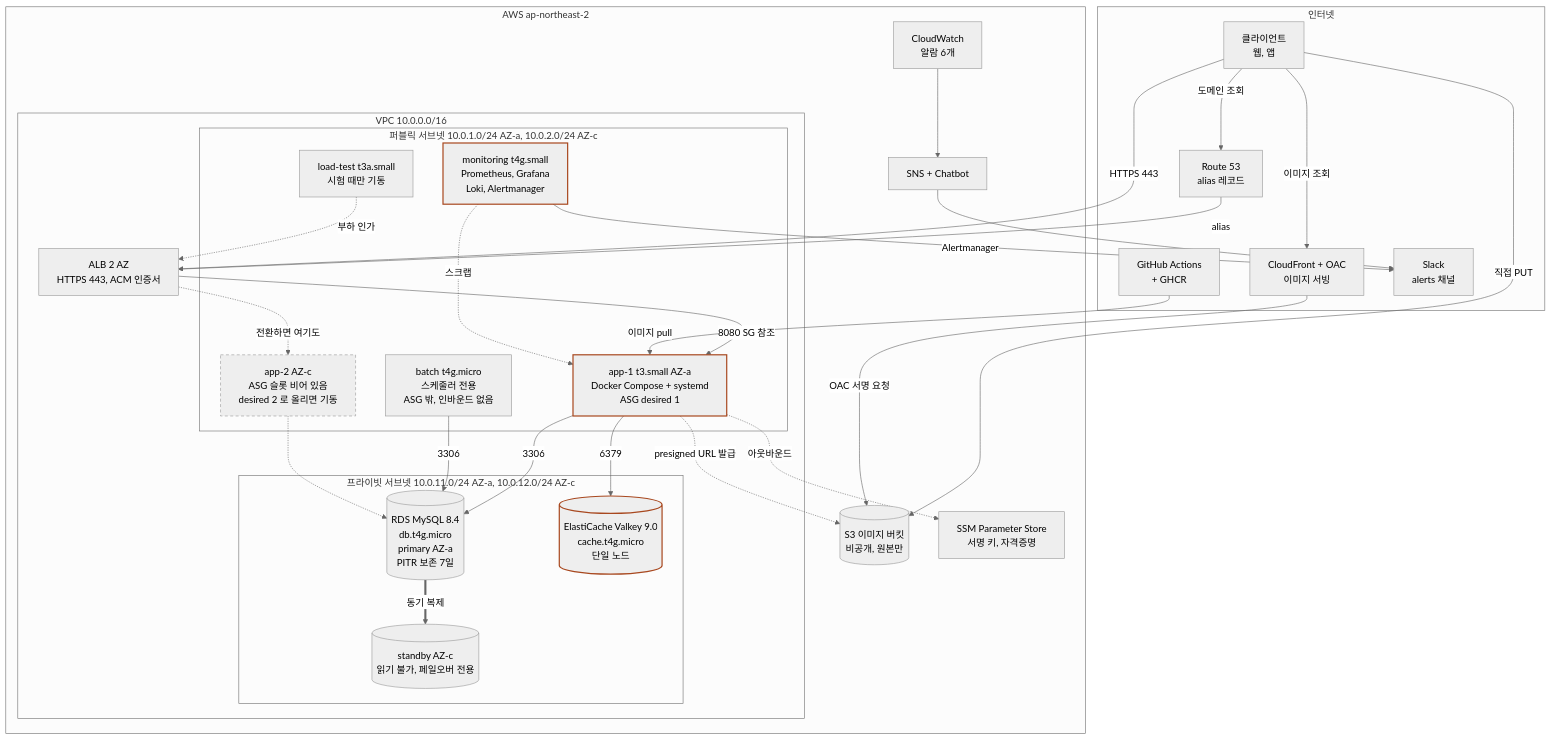
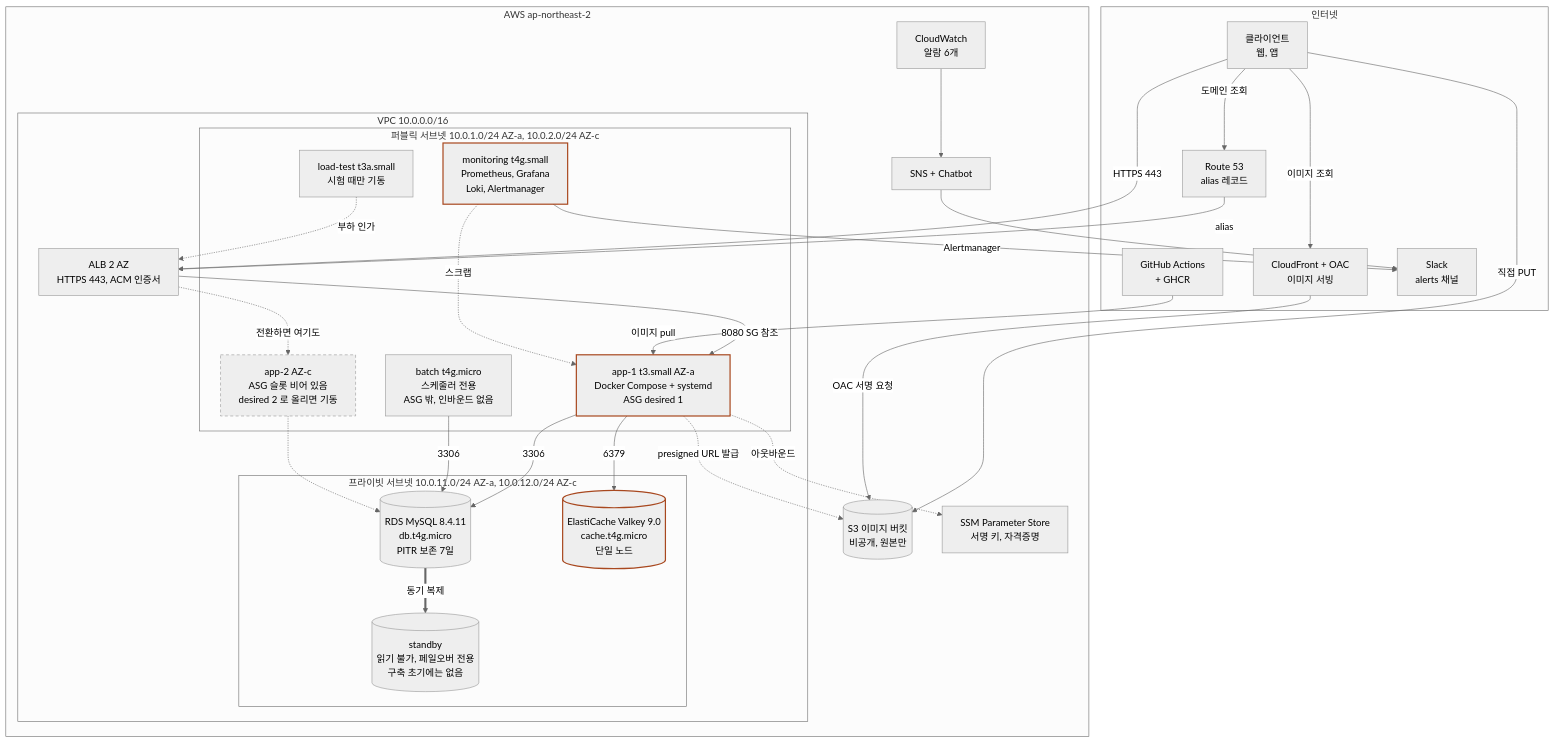
One commit to LGU-2/infra changed the first of 10 diagrams in docs/system-design/백엔드공통_시스템디자인_종합.md. Above: the diagram before and after it, drawn with Mermaid (neutral theme). The commit also changed 14 other files, not shown here.

````diff
--- a/docs/system-design/백엔드공통_시스템디자인_종합.md
+++ b/docs/system-design/백엔드공통_시스템디자인_종합.md
@@ -10,61 +10,61 @@
 ```mermaid
 graph TB
     subgraph internet["인터넷"]
         U["클라이언트<br/>웹, 앱"]
         R53["Route 53<br/>alias 레코드"]
         CFT["CloudFront + OAC<br/>이미지 서빙"]
         GH["GitHub Actions<br/>+ GHCR"]
         SLK["Slack<br/>alerts 채널"]
     end
 
     subgraph aws["AWS ap-northeast-2"]
         S3I[("S3 이미지 버킷<br/>비공개, 원본만")]
         SSM["SSM Parameter Store<br/>서명 키, 자격증명"]
         CWA["CloudWatch<br/>알람 6개"]
         SNS["SNS + Chatbot"]
 
         subgraph vpc["VPC 10.0.0.0/16"]
             ALB["ALB 2 AZ<br/>HTTPS 443, ACM 인증서"]
 
             subgraph pub["퍼블릭 서브넷 10.0.1.0/24 AZ-a, 10.0.2.0/24 AZ-c"]
                 APP1["app-1 t3.small AZ-a<br/>Docker Compose + systemd<br/>ASG desired 1"]
                 APP2["app-2 AZ-c<br/>ASG 슬롯 비어 있음<br/>desired 2 로 올리면 기동"]
                 MON["monitoring t4g.small<br/>Prometheus, Grafana<br/>Loki, Alertmanager"]
                 BAT["batch t4g.micro<br/>스케줄러 전용<br/>ASG 밖, 인바운드 없음"]
                 LTI["load-test t3a.small<br/>시험 때만 기동"]
             end
 
             subgraph pri["프라이빗 서브넷 10.0.11.0/24 AZ-a, 10.0.12.0/24 AZ-c"]
-                RDS1[("RDS MySQL 8.4<br/>db.t4g.micro<br/>primary AZ-a<br/>PITR 보존 7일")]
-                RDS2[("standby AZ-c<br/>읽기 불가, 페일오버 전용")]
+                RDS1[("RDS MySQL 8.4.11<br/>db.t4g.micro<br/>PITR 보존 7일")]
+                RDS2[("standby<br/>읽기 불가, 페일오버 전용<br/>구축 초기에는 없음")]
                 CACHE[("ElastiCache Valkey 9.0<br/>cache.t4g.micro<br/>단일 노드")]
             end
         end
     end
 
     U -->|도메인 조회| R53
     R53 -->|alias| ALB
     U -->|HTTPS 443| ALB
     ALB -->|8080 SG 참조| APP1
     APP1 -->|3306| RDS1
     APP1 -->|6379| CACHE
     RDS1 ==>|동기 복제| RDS2
     APP1 -.->|presigned URL 발급| S3I
     U -->|직접 PUT| S3I
     U -->|이미지 조회| CFT
     CFT -->|OAC 서명 요청| S3I
     APP1 -.->|아웃바운드| SSM
     BAT -->|3306| RDS1
     GH -->|이미지 pull| APP1
     MON -.->|스크랩| APP1
     MON -->|Alertmanager| SLK
     CWA --> SNS --> SLK
     LTI -.->|부하 인가| ALB
     ALB -.->|전환하면 여기도| APP2
     APP2 -.-> RDS1
 
     classDef spof stroke:#A8481F,stroke-width:2px;
     class APP1,CACHE,MON spof;
     classDef idle stroke-dasharray:5 4;
     class APP2 idle;
 ```
````
